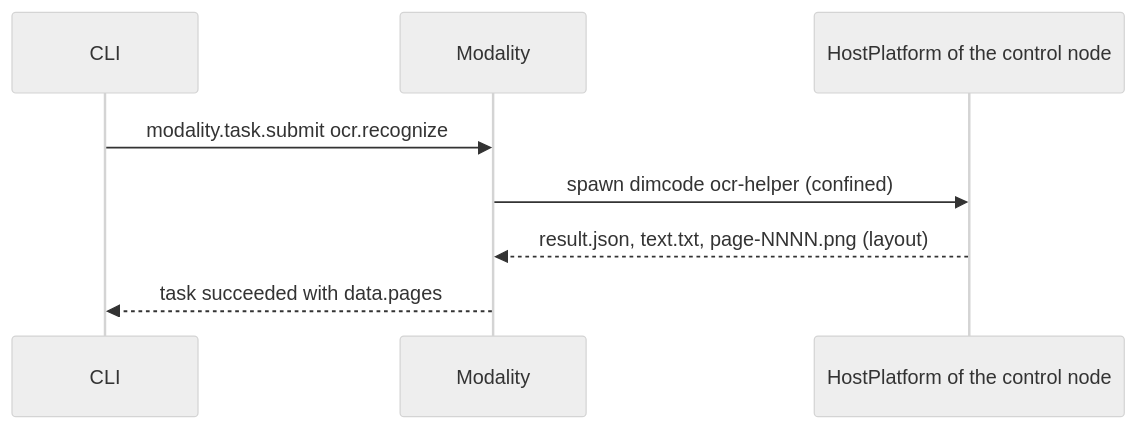
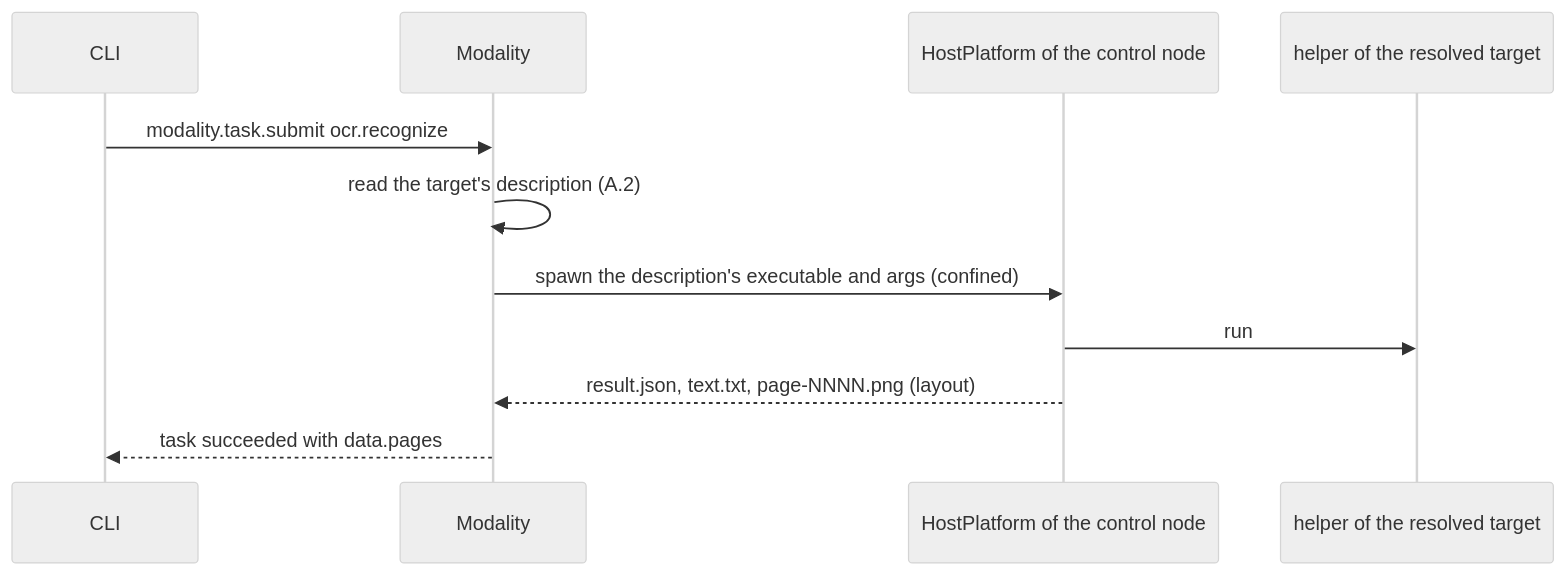
One commit to CoutinhoTTS/dim-agent changed the fourth of 6 diagrams in docs/design/plugins/Modality.md. Above: the diagram before and after it, drawn with Mermaid (neutral theme). The commit also changed other lines of this file and 1 other file, not shown here.

First line of the commit message:
docs(modality): accept OCR targets supplied by a plugin

````diff
--- a/docs/design/plugins/Modality.md
+++ b/docs/design/plugins/Modality.md
@@ -123,10 +123,13 @@
 ```mermaid
 sequenceDiagram
   participant C as CLI
   participant D as Modality
   participant H as HostPlatform of the control node
+  participant E as helper of the resolved target
   C->>D: modality.task.submit ocr.recognize
-  D->>H: spawn dimcode ocr-helper (confined)
+  D->>D: read the target's description (A.2)
+  D->>H: spawn the description's executable and args (confined)
+  H->>E: run
   H-->>D: result.json, text.txt, page-NNNN.png (layout)
   D-->>C: task succeeded with data.pages
 ```
````
